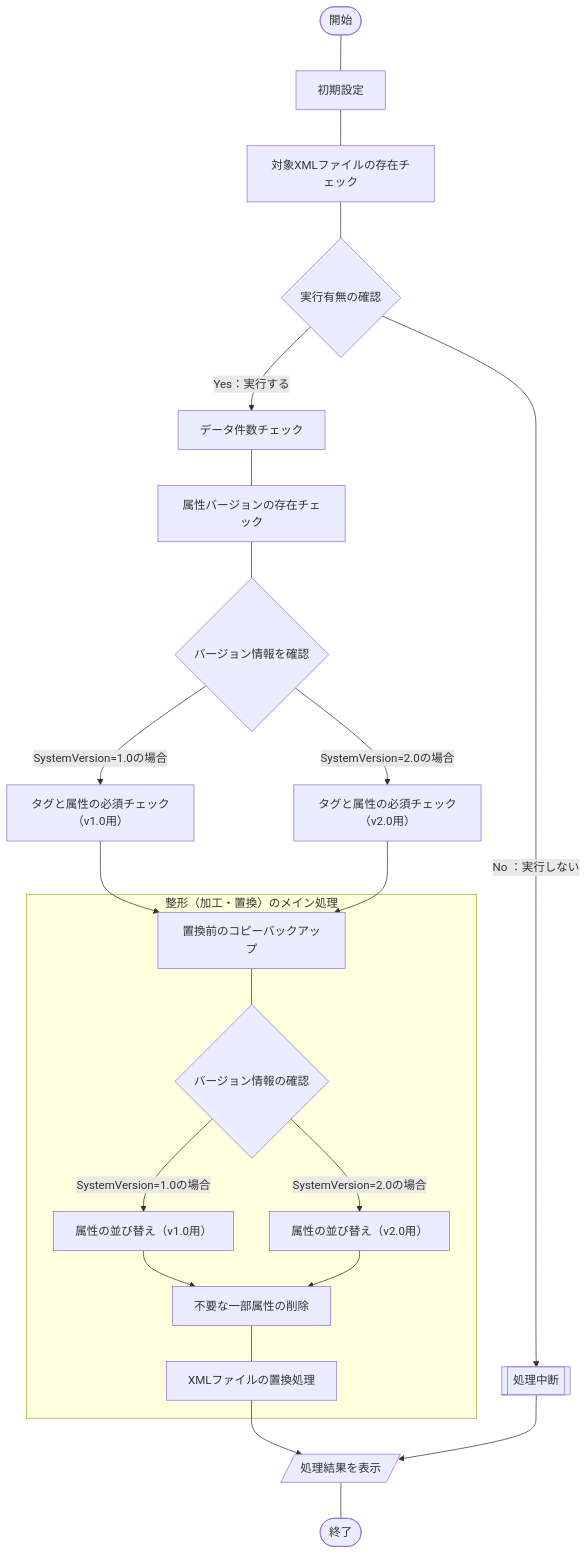
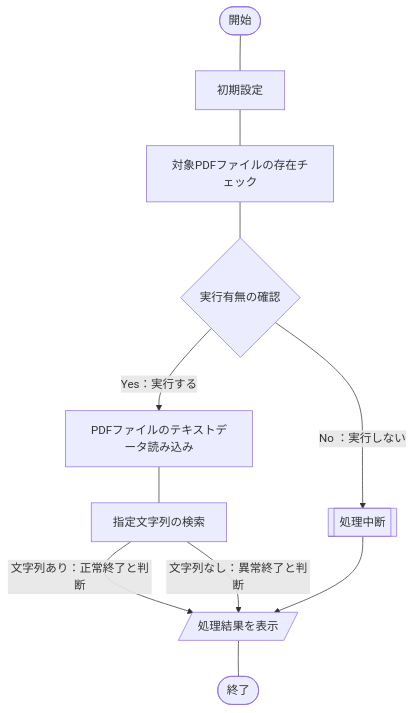
The diagram in articles/cad8b141202136.md (akiGAMEBOY/haretokidoki_zn), drawn with Mermaid before and after one commit. The commit also changed other lines of this file, not shown here.

````diff
--- a/articles/cad8b141202136.md
+++ b/articles/cad8b141202136.md
@@ -58,25 +61,13 @@
 ```mermaid
 flowchart TB
     A(["開始"]) --- B["初期設定"]
-    B --- C["対象XMLファイルの存在チェック"]
+    B --- C["対象PDFファイルの存在チェック"]
     C --- D{"実行有無の確認"}
-    D --> |"Yes：実行する"| E["データ件数チェック"]
+    D --> |"Yes：実行する"| E["PDFファイルのテキストデータ読み込み"]
     D --> |"No ：実行しない"| X[["処理中断"]]
-    E --- F["属性バージョンの存在チェック"]
-    F --- G{"バージョン情報を確認"}
-    G --> |"SystemVersion=1.0の場合"| H["タグと属性の必須チェック（v1.0用）"]
-    G --> |"SystemVersion=2.0の場合"| I["タグと属性の必須チェック（v2.0用）"]
-    H --> J["置換前のコピーバックアップ"]
-    I --> J
-    subgraph "整形（加工・置換）のメイン処理"
-    J --- K{"バージョン情報の確認"}
-    K --> |"SystemVersion=1.0の場合"| L["属性の並び替え（v1.0用）"]
-    K --> |"SystemVersion=2.0の場合"| N["属性の並び替え（v2.0用）"]
-    L --> O["不要な一部属性の削除"]
-    N --> O
-    O --- P["XMLファイルの置換処理"]
-    end
-    P --> Q[/"処理結果を表示"/]
-    X --> Q
-    Q --- R(["終了"])
+    E --- F["指定文字列の検索"]
+    F --> |"文字列あり：正常終了と判断"| G[/"処理結果を表示"/]
+    F --> |"文字列なし：異常終了と判断"| G    
+    X --> G
+    G --- H(["終了"])
 ```
````
